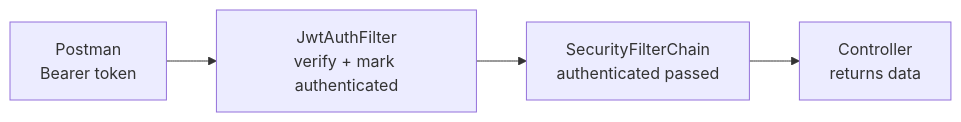
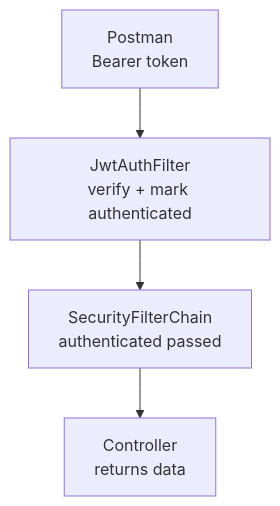
One commit to rahulsingh81069/Spring-security-jwt-skeleton changed the second of 2 diagrams in docs/digram_of_request_flow_in_spring_securtiy.md. Above: the diagram before and after it, drawn with Mermaid. The commit also changed other lines of this file, not shown here.

Commit message:
Remove flowchart direction symbols and toolbar controls

````diff
--- a/docs/digram_of_request_flow_in_spring_securtiy.md
+++ b/docs/digram_of_request_flow_in_spring_securtiy.md
@@ -14,6 +15,7 @@
 ```mermaid
-flowchart LR
+%%{init: {'flowchart': {'htmlLabels': true}}}%%
+flowchart
     A[Postman<br/>Bearer token] --> B[JwtAuthFilter<br/>verify + mark authenticated]
     B --> C[SecurityFilterChain<br/>authenticated passed]
     C --> D[Controller<br/>returns data]
 ```
````
